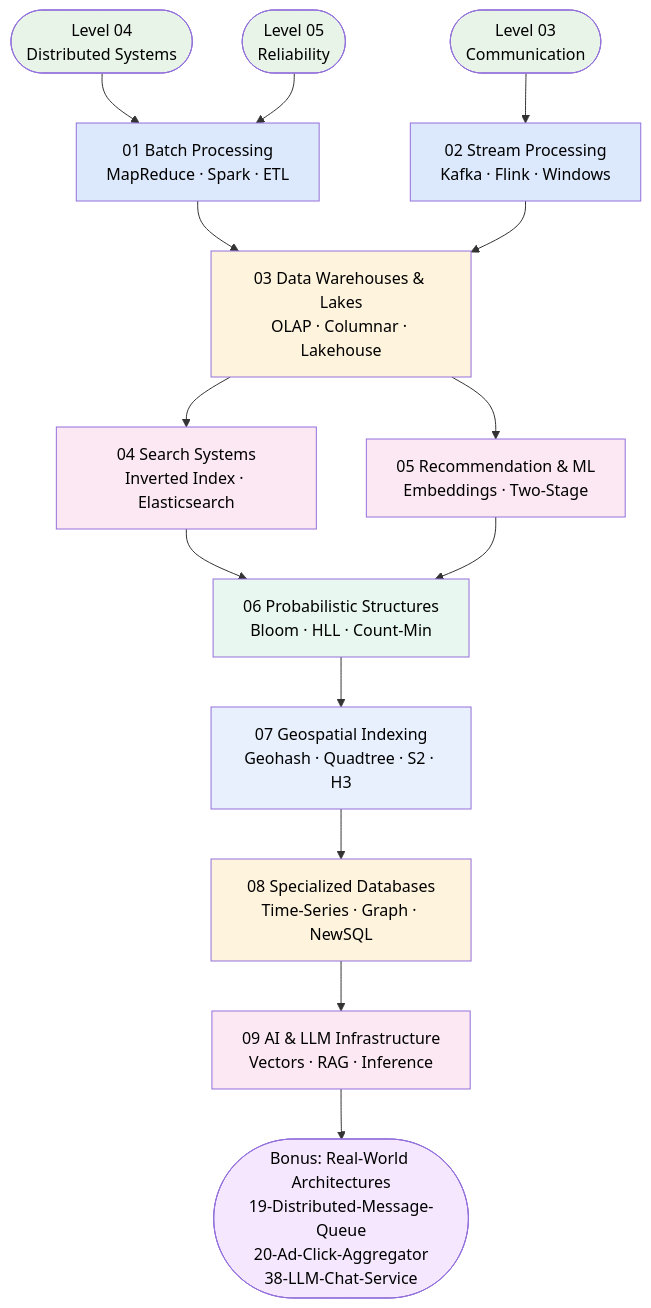
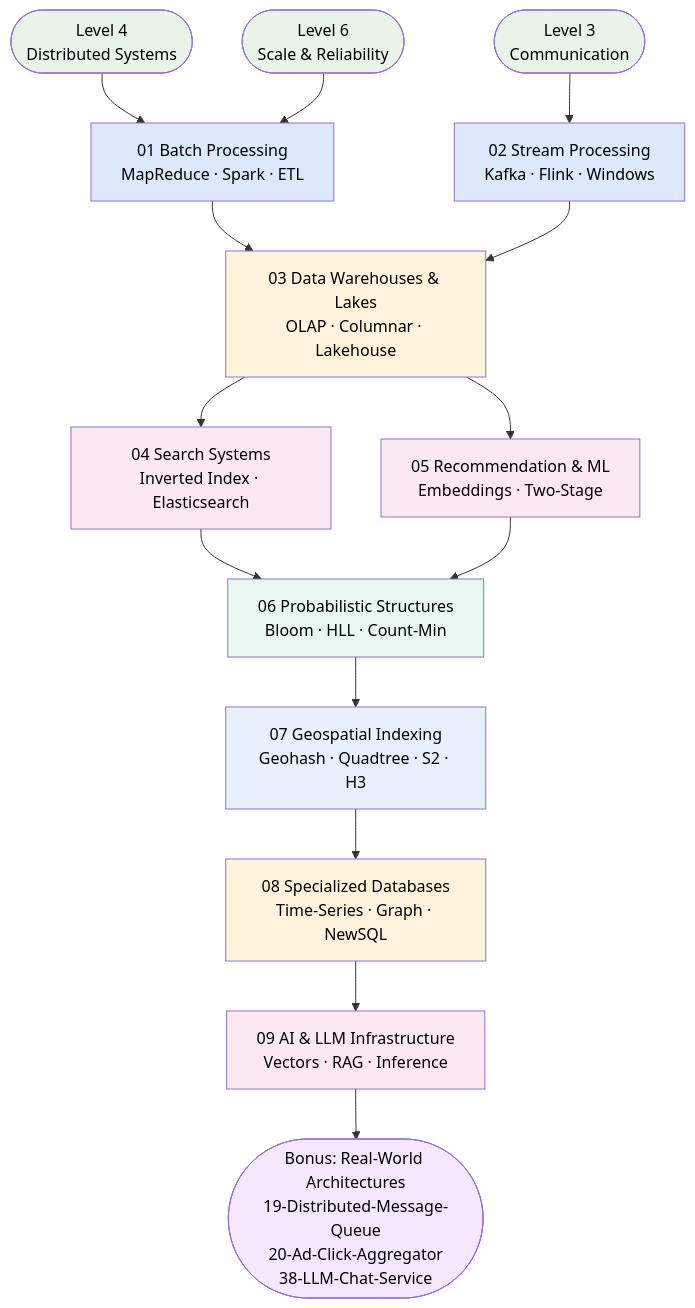
Before and after one commit to Ankan1998/learn-system-design: the diagram in Level-07-Big-Data-and-Specialized/README.md, drawn with Mermaid. The commit also changed other lines of this file and 139 other files, not shown here.

````diff
--- a/Level-07-Big-Data-and-Specialized/README.md
+++ b/Level-07-Big-Data-and-Specialized/README.md
@@ -47,36 +47,36 @@
 ```mermaid
 flowchart TD
-    PRE1([Level 04<br/>Distributed Systems]) --> A
-    PRE2([Level 05<br/>Reliability]) --> A
-    PRE3([Level 03<br/>Communication]) --> B
+    PRE1([Level 4<br/>Distributed Systems]) --> A
+    PRE2([Level 6<br/>Scale & Reliability]) --> A
+    PRE3([Level 3<br/>Communication]) --> B
 
     A[01 Batch Processing<br/>MapReduce · Spark · ETL] --> C
     B[02 Stream Processing<br/>Kafka · Flink · Windows] --> C
     C[03 Data Warehouses & Lakes<br/>OLAP · Columnar · Lakehouse]
     C --> D
     C --> E
     D[04 Search Systems<br/>Inverted Index · Elasticsearch]
     E[05 Recommendation & ML<br/>Embeddings · Two-Stage]
     D --> F
     E --> F
     F[06 Probabilistic Structures<br/>Bloom · HLL · Count-Min]
     F --> GEO
     GEO[07 Geospatial Indexing<br/>Geohash · Quadtree · S2 · H3]
     GEO --> SDB[08 Specialized Databases<br/>Time-Series · Graph · NewSQL]
     SDB --> AI[09 AI & LLM Infrastructure<br/>Vectors · RAG · Inference]
     AI --> G([Bonus: Real-World Architectures<br/>19-Distributed-Message-Queue<br/>20-Ad-Click-Aggregator<br/>38-LLM-Chat-Service])
 
     style PRE1 fill:#e8f4e8,color:#000
     style PRE2 fill:#e8f4e8,color:#000
     style PRE3 fill:#e8f4e8,color:#000
     style A fill:#dce8fb,color:#000
     style B fill:#dce8fb,color:#000
     style C fill:#fef3dc,color:#000
     style D fill:#fce8f3,color:#000
     style E fill:#fce8f3,color:#000
     style F fill:#e8f8f0,color:#000
     style GEO fill:#e8f0fe,color:#000
     style SDB fill:#fef3dc,color:#000
     style AI fill:#fce8f3,color:#000
     style G fill:#f5e8fe,color:#000
 ```
````
